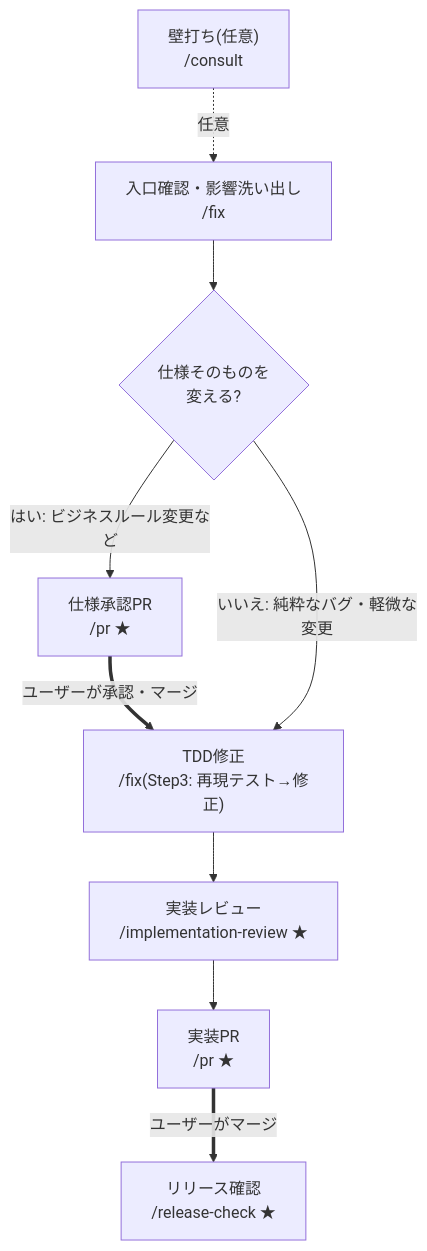
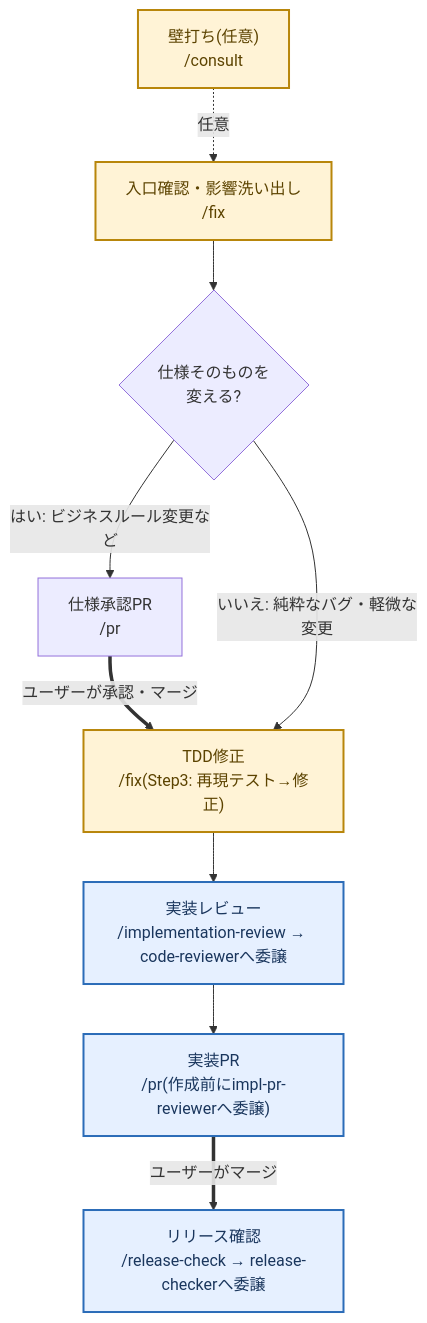
The third of 3 diagrams in docs/adr/0002-skill-agent-separation.md (zakiyama0108/benriyatool), drawn with Mermaid before and after one commit. The commit also changed other lines of this file and 9 other files, not shown here.

````diff
--- a/docs/adr/0002-skill-agent-separation.md
+++ b/docs/adr/0002-skill-agent-separation.md
@@ -81,20 +131,25 @@
 ```mermaid
 flowchart TD
     consult2["壁打ち(任意)<br>/consult"]
     fix["入口確認・影響洗い出し<br>/fix"]
     branch{"仕様そのものを<br>変える?"}
-    prspec2["仕様承認PR<br>/pr ★"]
+    prspec2["仕様承認PR<br>/pr"]
     tdd["TDD修正<br>/fix(Step3: 再現テスト→修正)"]
-    implreview2["実装レビュー<br>/implementation-review ★"]
-    primpl2["実装PR<br>/pr ★"]
-    release2["リリース確認<br>/release-check ★"]
+    implreview2["実装レビュー<br>/implementation-review → code-reviewerへ委譲"]
+    primpl2["実装PR<br>/pr(作成前にimpl-pr-reviewerへ委譲)"]
+    release2["リリース確認<br>/release-check → release-checkerへ委譲"]
 
     consult2 -.任意.-> fix
     fix --> branch
     branch -->|はい: ビジネスルール変更など| prspec2
     prspec2 ==>|ユーザーが承認・マージ| tdd
     branch -->|いいえ: 純粋なバグ・軽微な変更| tdd
     tdd --> implreview2
     implreview2 --> primpl2
     primpl2 ==>|ユーザーがマージ| release2
+
+    classDef dialogue fill:#fff3d6,stroke:#b8860b,stroke-width:2px,color:#5c4300;
+    classDef agent fill:#e6f0ff,stroke:#2b6cb8,stroke-width:2px,color:#1a365d;
+    class consult2,fix,tdd dialogue;
+    class implreview2,primpl2,release2 agent;
 ```
````
